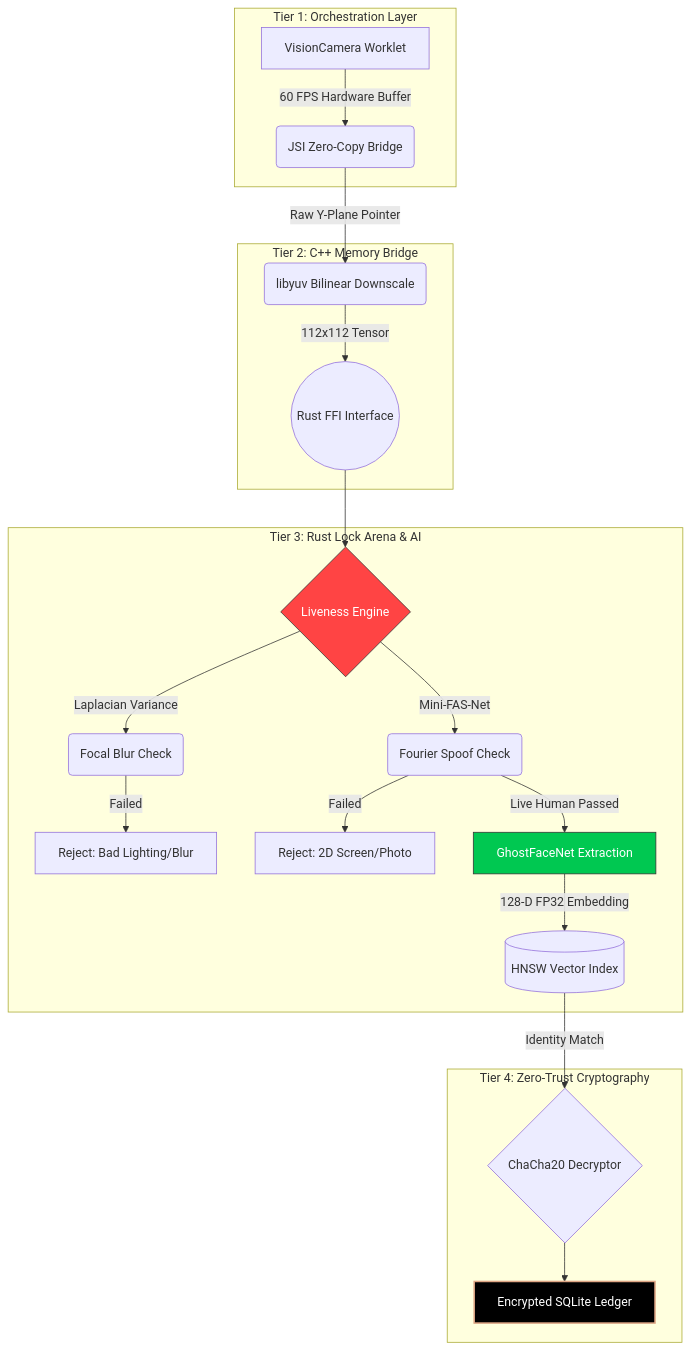
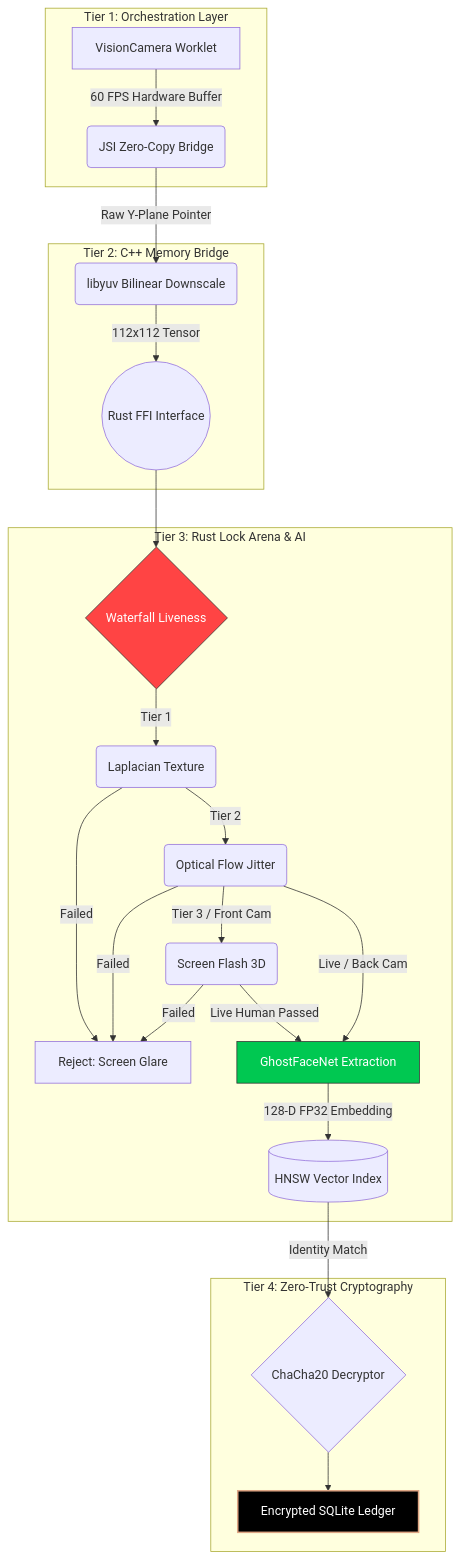
Before and after one commit to abhay-2108/Secure-Face-Liveness-Suite: the diagram in README.md, drawn with Mermaid. The commit also changed other lines of this file and 53 other files, not shown here.

````diff
--- a/README.md
+++ b/README.md
@@ -39,31 +61,35 @@
 ```mermaid
 flowchart TB
     subgraph Tier 1: Orchestration Layer
         A[VisionCamera Worklet] -->|60 FPS Hardware Buffer| B(JSI Zero-Copy Bridge)
     end
 
     subgraph Tier 2: C++ Memory Bridge
         B -->|Raw Y-Plane Pointer| C(libyuv Bilinear Downscale)
         C -->|112x112 Tensor| D((Rust FFI Interface))
     end
 
     subgraph Tier 3: Rust Lock Arena & AI
-        D --> E{Liveness Engine}
-        E -->|Laplacian Variance| F(Focal Blur Check)
-        E -->|Mini-FAS-Net| G(Fourier Spoof Check)
-        F -->|Failed| REJ[Reject: Bad Lighting/Blur]
-        G -->|Failed| REJ2[Reject: 2D Screen/Photo]
+        D --> E{Waterfall Liveness}
+        E -->|Tier 1| F(Laplacian Texture)
+        F -->|Tier 2| G(Optical Flow Jitter)
+        G -->|Tier 3 / Front Cam| H(Screen Flash 3D)
         
-        G -->|Live Human Passed| H[GhostFaceNet Extraction]
-        H -->|128-D FP32 Embedding| I[(HNSW Vector Index)]
+        F -->|Failed| REJ[Reject: Flat Photo]
+        G -->|Failed| REJ[Reject: Static Screen]
+        H -->|Failed| REJ[Reject: Screen Glare]
+        
+        H -->|Live Human Passed| I[GhostFaceNet Extraction]
+        G -->|Live / Back Cam| I
+        I -->|128-D FP32 Embedding| J[(HNSW Vector Index)]
     end
 
     subgraph Tier 4: Zero-Trust Cryptography
-        I -->|Identity Match| J{ChaCha20 Decryptor}
-        J --> K[Encrypted SQLite Ledger]
+        J -->|Identity Match| K{ChaCha20 Decryptor}
+        K --> L[Encrypted SQLite Ledger]
     end
 
     style E fill:#ff4444,stroke:#333,color:#fff
-    style H fill:#00C851,stroke:#333,color:#fff
-    style K fill:#000,stroke:#dea584,stroke-width:2px,color:#fff
+    style I fill:#00C851,stroke:#333,color:#fff
+    style L fill:#000,stroke:#dea584,stroke-width:2px,color:#fff
 ```
````
